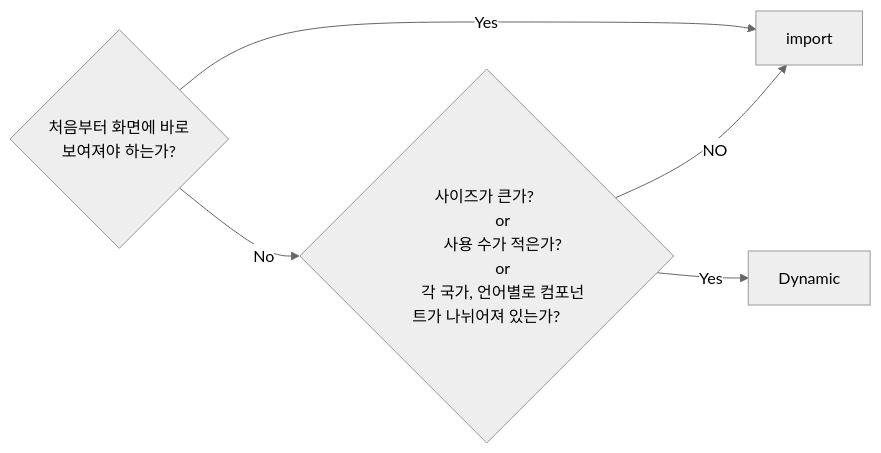
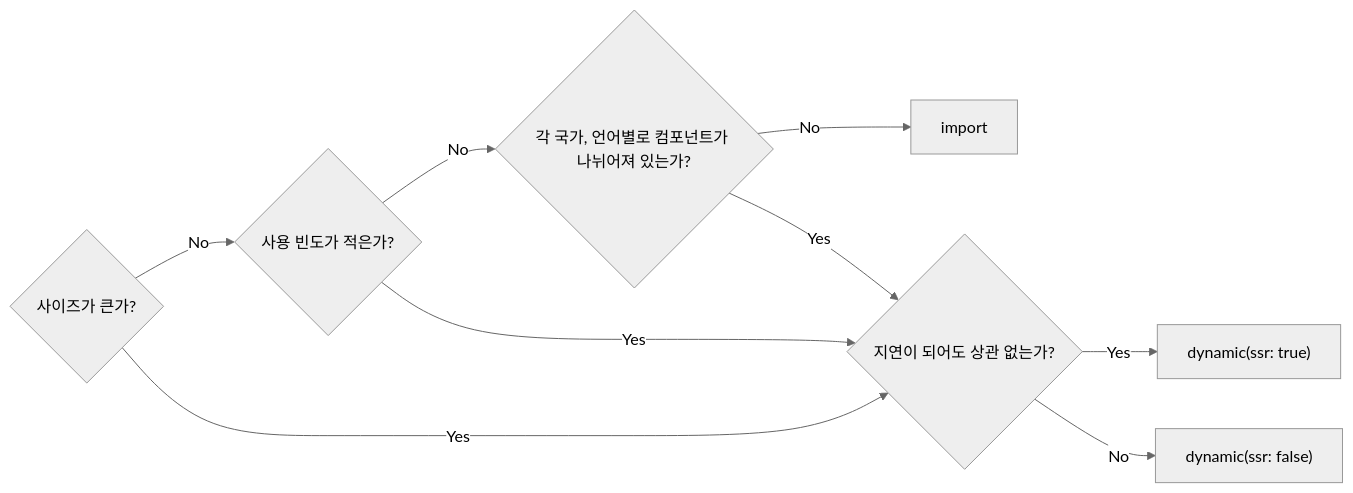
One commit to rjcnd105/dg-quartz changed the diagram in content/Dev/web/react/nextjs 컴포넌트 최적화 가이드.md. Above: the diagram before and after it, drawn with Mermaid (neutral theme). The commit also changed other lines of this file and 1 other file, not shown here.

Commit message:
Published multiple files

````diff
--- a/content/Dev/web/react/nextjs 컴포넌트 최적화 가이드.md
+++ b/content/Dev/web/react/nextjs 컴포넌트 최적화 가이드.md
@@ -64,14 +66,15 @@
 ```mermaid
 graph LR
-  A{처음부터 화면에 바로
-   보여져야 하는가?} -->|Yes| AA[import]
-	A -->|No| AB{"사이즈가 큰가? 
-	or
-	사용 수가 적은가?
-	or
-	각 국가, 언어별로 컴포넌트가 나뉘어져 있는가?
-	"}
-	AB -->|NO| AA
-	AB -->|Yes| ABA["Dynamic"]
+	AB1{"사이즈가 큰가?"}
+	AB1 -->|No| AB2{"사용 빈도가 적은가?"}
+	AB2 -->|No| AB3{"각 국가, 언어별로 컴포넌트가 나뉘어져 있는가?"}
+	AB3 -->|No| AA["import"]
+	
+	AB1 -->|Yes| ABA{"지연이 되어도 상관 없는가?"}
+	AB2 -->|Yes| ABA
+	AB3 -->|Yes| ABA
+	
+	ABA -->|Yes| ABAA["dynamic(ssr: true)"]
+	ABA -->|No| ABAB["dynamic(ssr: false)"]
 	
 ```
````
